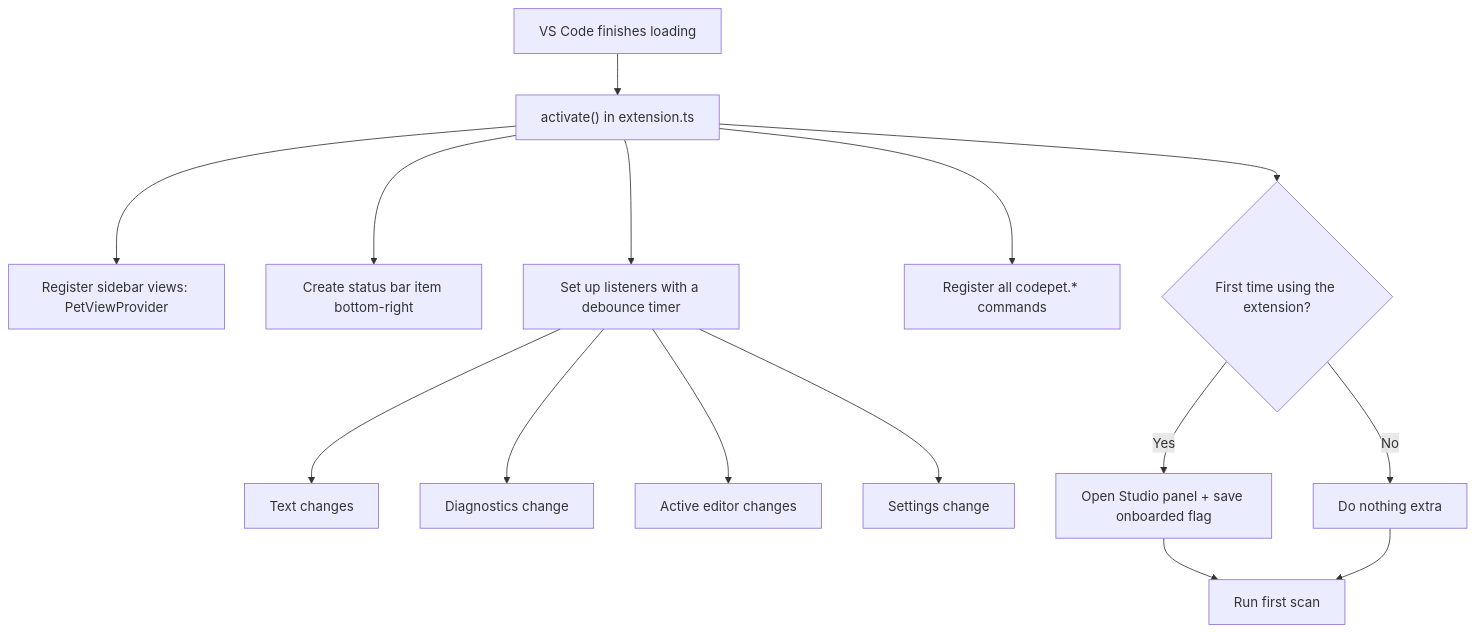
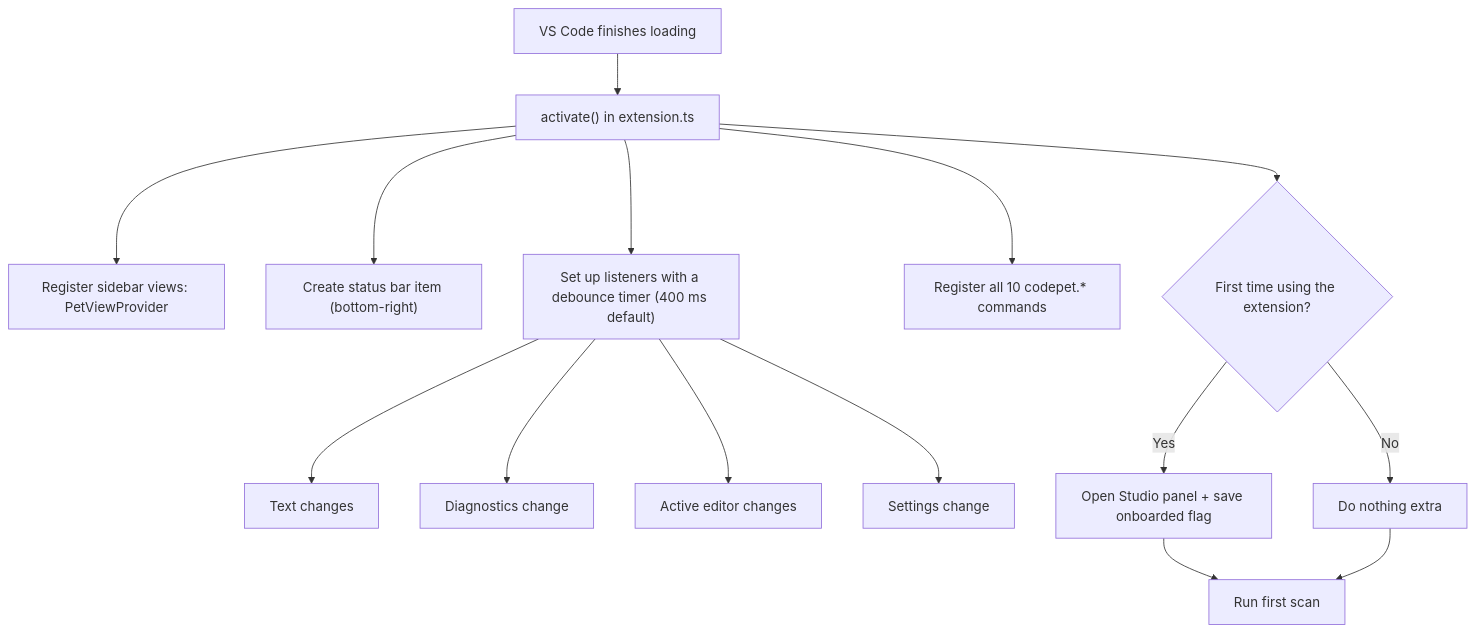
One commit to maimanishhoon/aicodingpet changed the third of 14 diagrams in README.md. Above: the diagram before and after it, drawn with Mermaid. The commit also changed other lines of this file, not shown here.

````diff
--- a/README.md
+++ b/README.md
@@ -246,17 +383,17 @@
 ```mermaid
 flowchart TD
     A["VS Code finishes loading"] --> B["activate() in extension.ts"]
     B --> C["Register sidebar views: PetViewProvider"]
-    B --> D["Create status bar item bottom-right"]
-    B --> E["Set up listeners with a debounce timer"]
-    B --> F["Register all codepet.* commands"]
+    B --> D["Create status bar item (bottom-right)"]
+    B --> E["Set up listeners with a debounce timer (400 ms default)"]
+    B --> F["Register all 10 codepet.* commands"]
     E --> E1["Text changes"]
     E --> E2["Diagnostics change"]
     E --> E3["Active editor changes"]
     E --> E4["Settings change"]
     B --> G{"First time using the extension?"}
     G -- "Yes" --> H["Open Studio panel + save onboarded flag"]
     G -- "No" --> I["Do nothing extra"]
     H --> J["Run first scan"]
     I --> J
 ```
````
